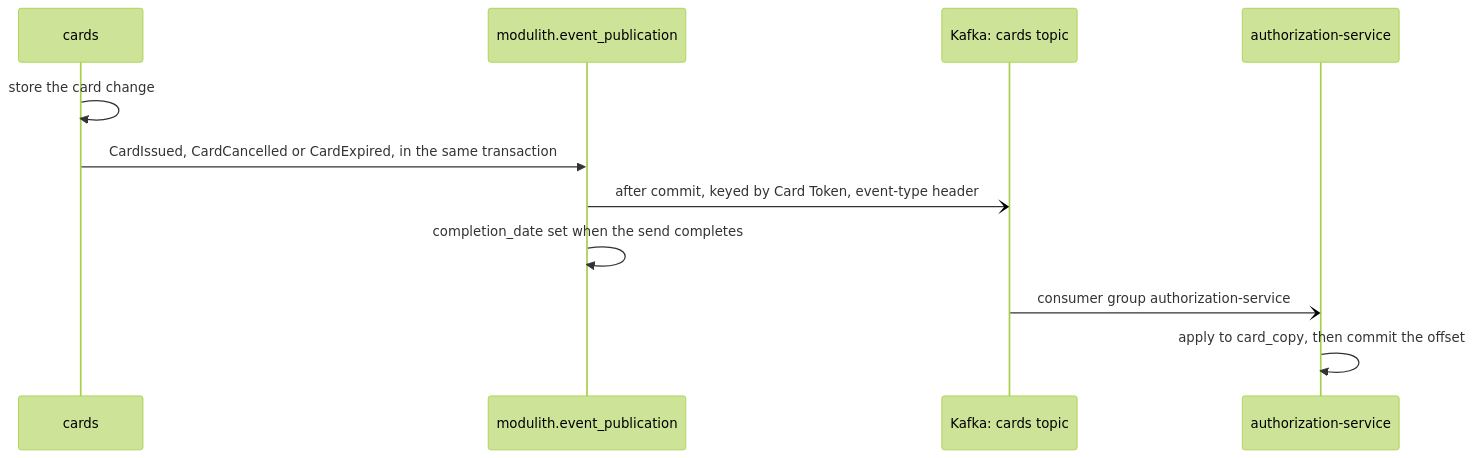
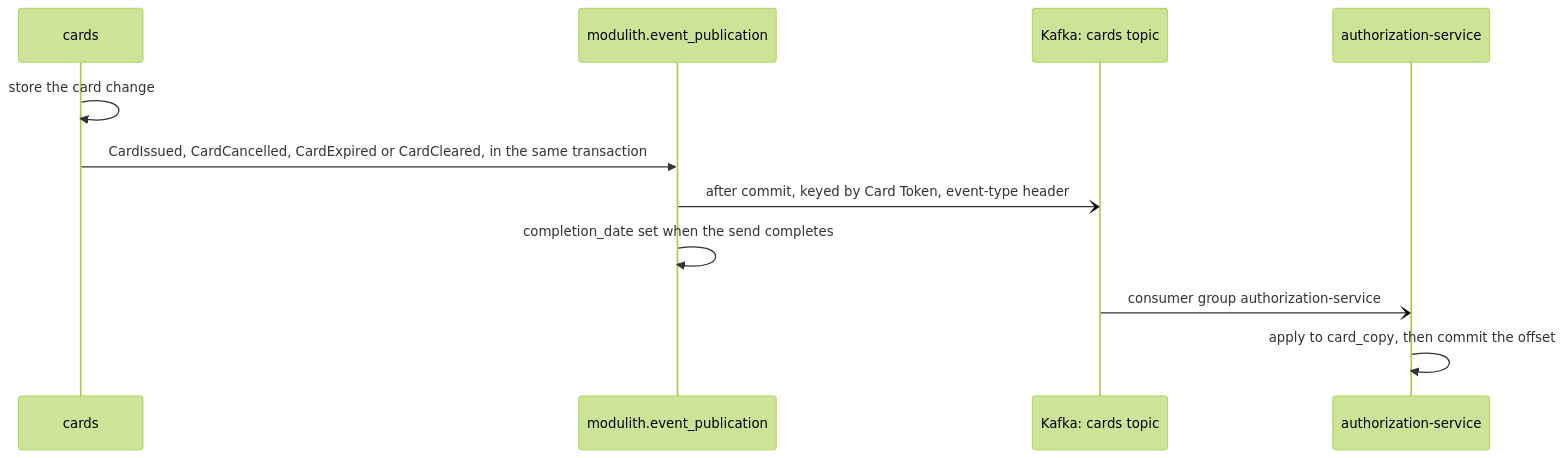
Before and after one commit to rgonzal92/b2b-payments-platform: the sixth of 13 diagrams in docs/architecture.md, drawn with Mermaid (forest theme). The commit also changed other lines of this file and 19 other files, not shown here.

Commit message:
feat: the platform publishes CardCleared and the service treats a cleared card as final

````diff
--- a/docs/architecture.md
+++ b/docs/architecture.md
@@ -211,14 +211,14 @@
 ```mermaid
 sequenceDiagram
   participant CRD as cards
   participant REG as modulith.event_publication
   participant KAF as Kafka: cards topic
   participant SVC as authorization-service
 
   CRD->>CRD: store the card change
-  CRD->>REG: CardIssued, CardCancelled or CardExpired, in the same transaction
+  CRD->>REG: CardIssued, CardCancelled, CardExpired or CardCleared, in the same transaction
   REG-)KAF: after commit, keyed by Card Token, event-type header
   REG->>REG: completion_date set when the send completes
   KAF-)SVC: consumer group authorization-service
   SVC->>SVC: apply to card_copy, then commit the offset
 ```
````
